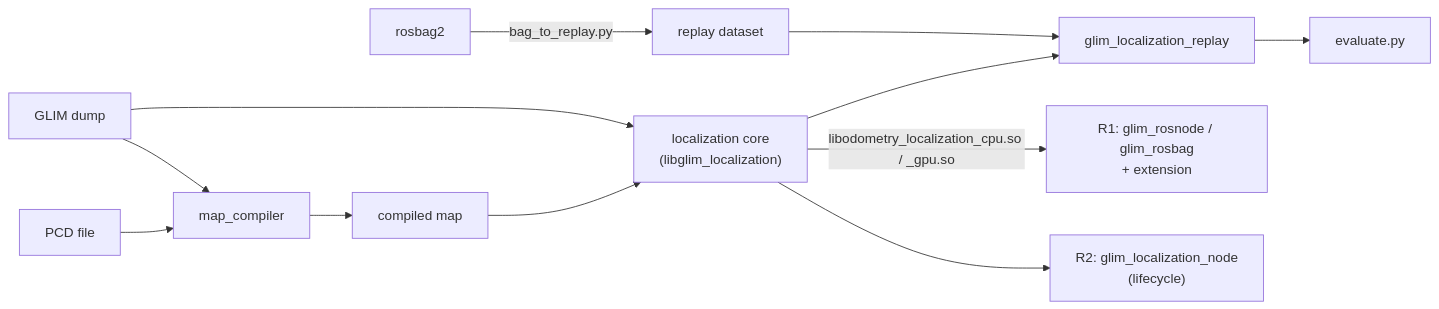
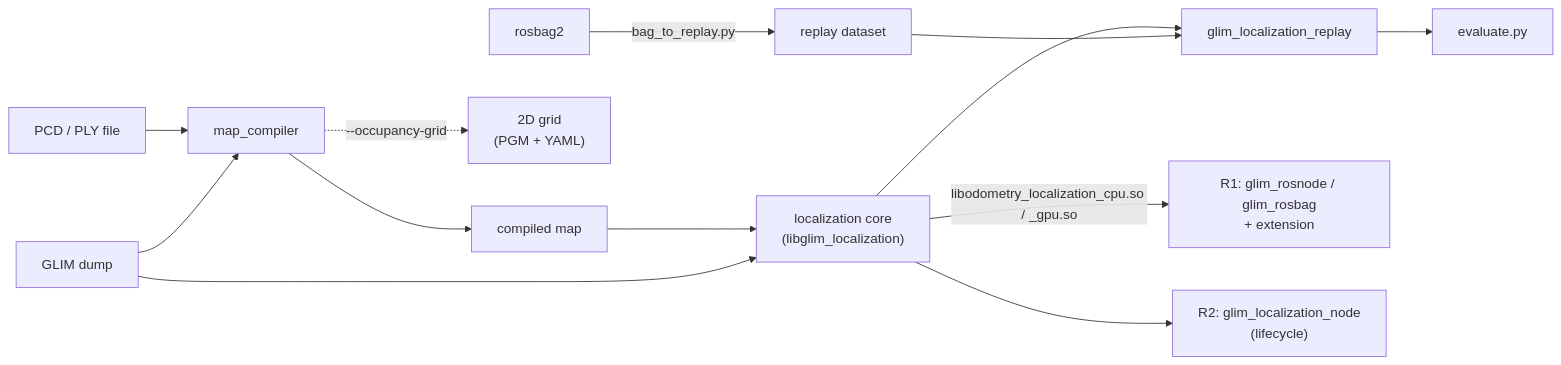
The diagram in README.md (atinfinity/glim_localization), drawn with Mermaid before and after one commit. The commit also changed other lines of this file and 3 other files, not shown here.

Commit message:
docs: describe PLY input and the occupancy grid export

````diff
--- a/README.md
+++ b/README.md
@@ -14,13 +14,14 @@
 ```mermaid
 flowchart LR
   dump["GLIM dump"] --> compiler["map_compiler"]
-  pcd["PCD file"] --> compiler
+  pcd["PCD / PLY file"] --> compiler
   compiler --> map["compiled map"]
+  compiler -.->|--occupancy-grid| grid2d["2D grid<br/>(PGM + YAML)"]
   dump --> core
   map --> core["localization core<br/>(libglim_localization)"]
   bag["rosbag2"] -->|bag_to_replay.py| dataset["replay dataset"]
   dataset --> replay["glim_localization_replay"] --> eval["evaluate.py"]
   core --> replay
   core -->|libodometry_localization_cpu.so / _gpu.so| r1["R1: glim_rosnode / glim_rosbag<br/>+ extension"]
   core --> r2["R2: glim_localization_node<br/>(lifecycle)"]
 ```
````
